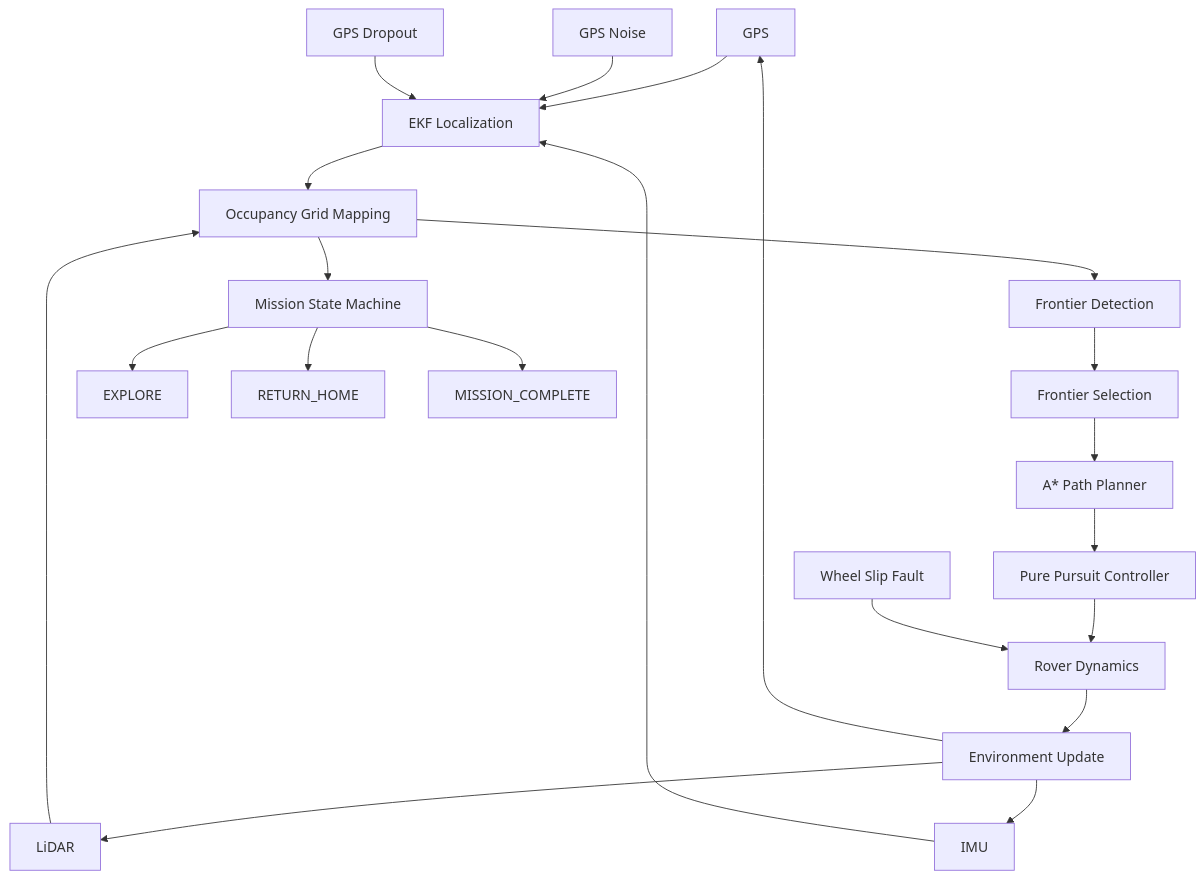
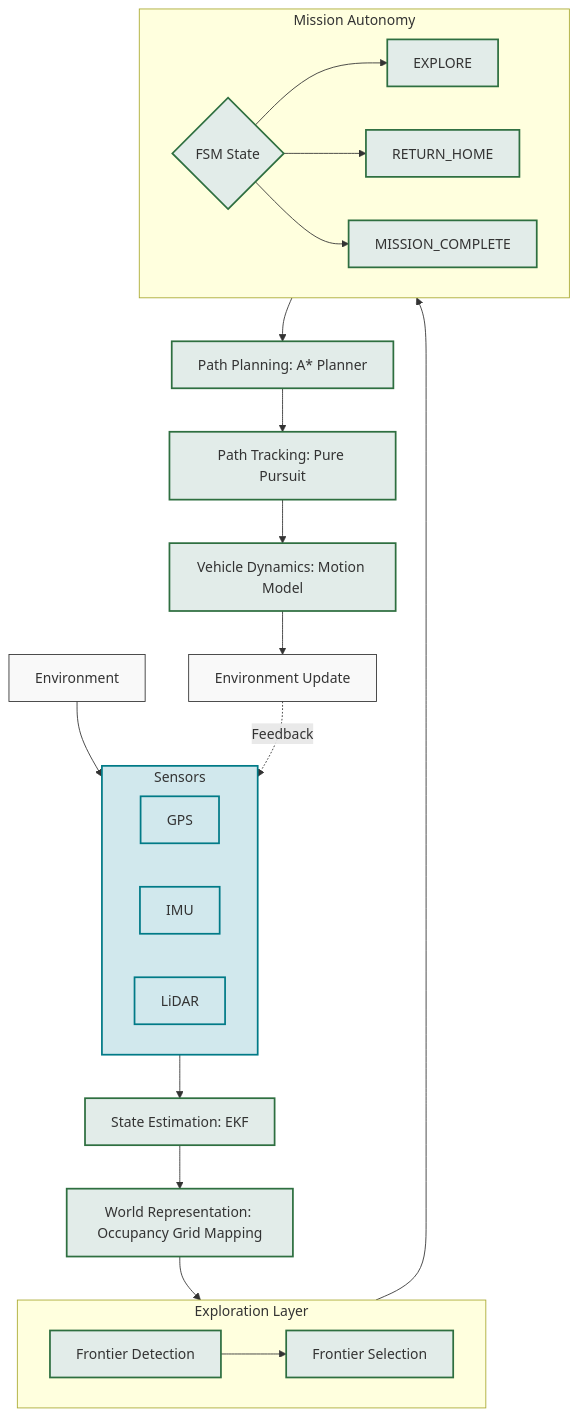
Before and after one commit to yuvanbruh/autonomous-rover-navigation-system: the diagram in README.md, drawn with Mermaid. The commit also changed other lines of this file, not shown here.

````diff
--- a/README.md
+++ b/README.md
@@ -65,40 +64,44 @@
 ```mermaid
-flowchart TD
+graph TD
+    %% Style Definitions
+    classDef env fill:#f9f9f9,stroke:#333,stroke-width:1px;
+    classDef sensor fill:#d1e8ed,stroke:#007a87,stroke-width:2px;
+    classDef core fill:#e2ece9,stroke:#2e6f40,stroke-width:2px;
+    classDef loop fill:#fff2cc,stroke:#d6b656,stroke-width:1px,stroke-dasharray: 5 5;
 
-A[GPS]
-B[IMU]
-C[LiDAR]
+    Env[Environment] --> Sensors
+    
+    subgraph Sensors [Sensors]
+        GPS[GPS]
+        IMU[IMU]
+        LiDAR[LiDAR]
+    end
+    
+    Sensors --> EKF[State Estimation: EKF]
+    EKF --> Map[World Representation: Occupancy Grid Mapping]
+    
+    subgraph Expl [Exploration Layer]
+        FD[Frontier Detection] --> FS[Frontier Selection]
+    end
+    Map --> Expl
+    
+    subgraph Mission [Mission Autonomy]
+        MA{FSM State}
+        MA --> EXPLORE
+        MA --> RETURN_HOME
+        MA --> MISSION_COMPLETE
+    end
+    Expl --> Mission
+    
+    Mission --> Plan[Path Planning: A* Planner]
+    Plan --> Track[Path Tracking: Pure Pursuit]
+    Track --> Dynamics[Vehicle Dynamics: Motion Model]
+    
+    Dynamics --> EnvUpdate[Environment Update]
+    EnvUpdate -.->|Feedback| Sensors
 
-A --> D[EKF Localization]
-B --> D
-
-D --> E[Occupancy Grid Mapping]
-C --> E
-
-E --> F[Frontier Detection]
-
-F --> G[Frontier Selection]
-
-G --> H[A* Path Planner]
-
-H --> I[Pure Pursuit Controller]
-
-I --> J[Rover Dynamics]
-
-J --> K[Environment Update]
-
-K --> A
-K --> B
-K --> C
-
-E --> L[Mission State Machine]
-
-L --> L1[EXPLORE]
-L --> L2[RETURN_HOME]
-L --> L3[MISSION_COMPLETE]
-
-N[GPS Noise] --> D
-O[GPS Dropout] --> D
-
-P[Wheel Slip Fault] --> J
+    %% Apply Styles
+    class Env,EnvUpdate env;
+    class Sensors,GPS,IMU,LiDAR sensor;
+    class EKF,Map,FD,FS,MA,EXPLORE,RETURN_HOME,MISSION_COMPLETE,Plan,Track,Dynamics core;
 ```
````
